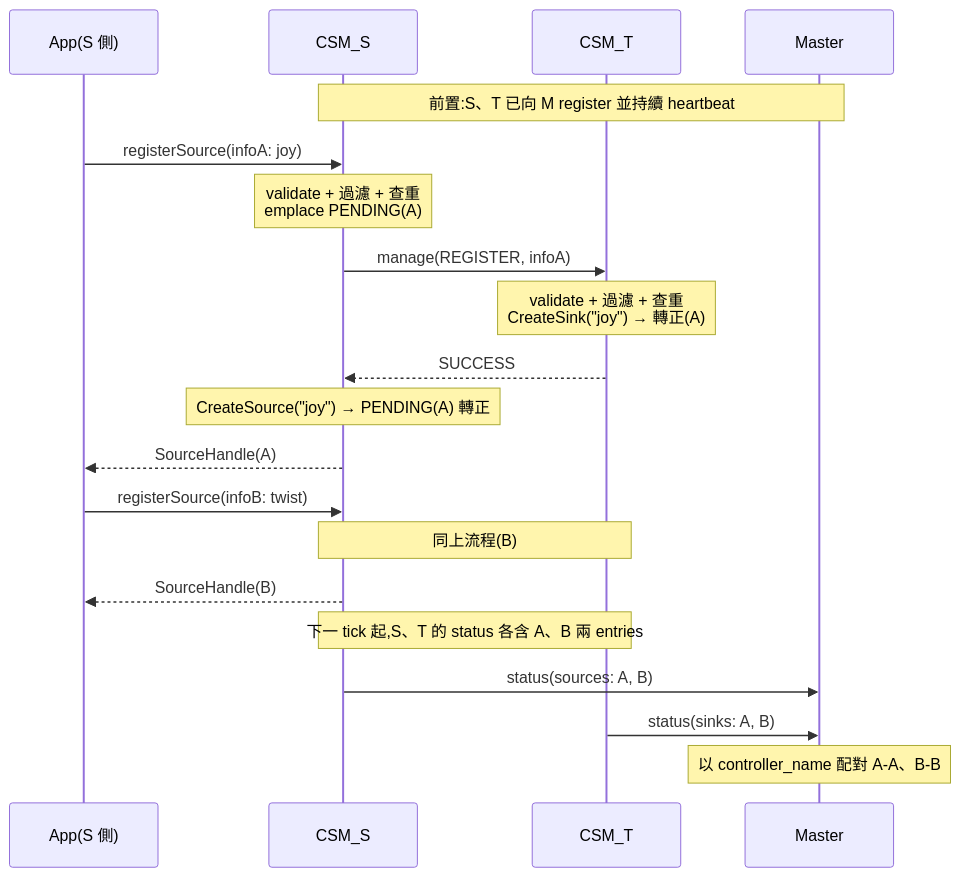
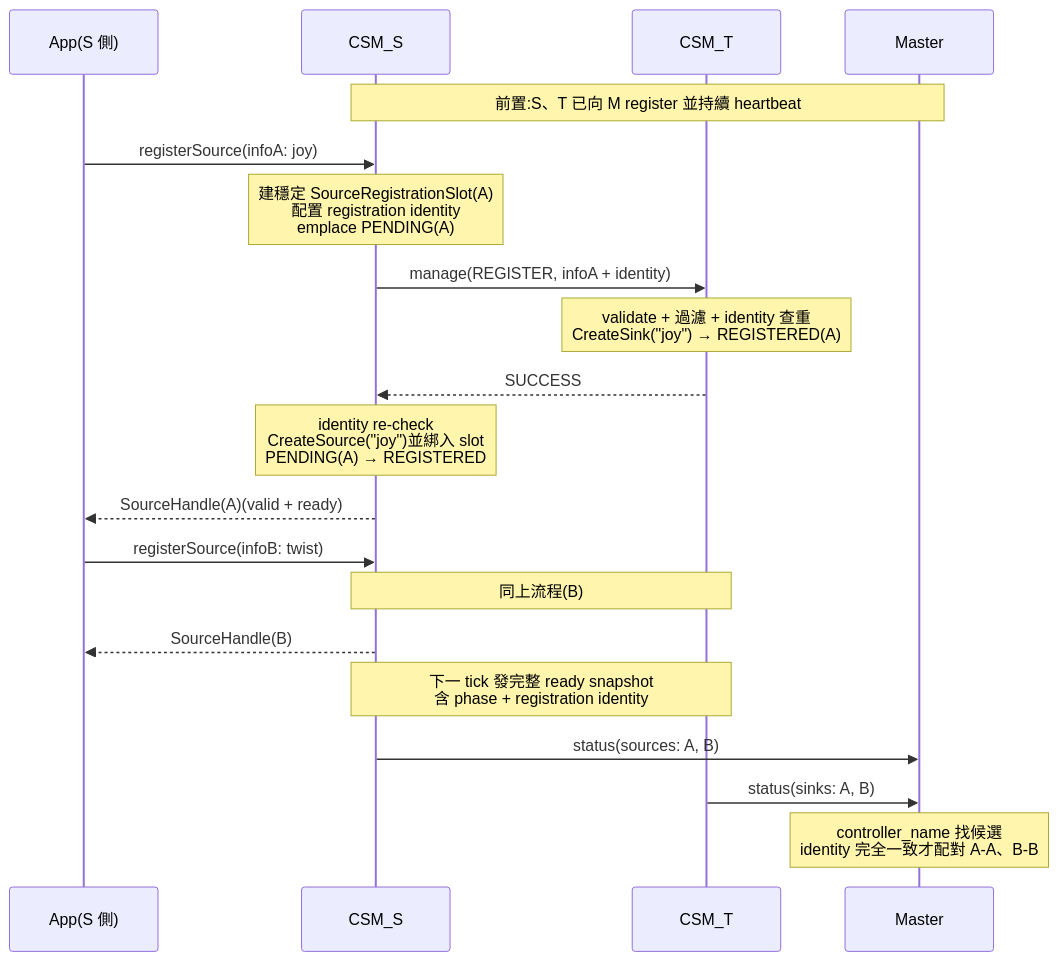
Before and after one commit to cocobird231/rv2_project: the eighth of 43 diagrams in r1_design_draft.md, drawn with Mermaid. The commit also changed other lines of this file and 1 other file, not shown here.

````diff
--- a/r1_design_draft.md
+++ b/r1_design_draft.md
@@ -1464,25 +2136,25 @@
 ```mermaid
 sequenceDiagram
     participant App as App(S 側)
     participant S as CSM_S
     participant T as CSM_T
     participant M as Master
 
     Note over S,M: 前置:S、T 已向 M register 並持續 heartbeat
     App->>S: registerSource(infoA: joy)
-    Note over S: validate + 過濾 + 查重<br/>emplace PENDING(A)
-    S->>T: manage(REGISTER, infoA)
-    Note over T: validate + 過濾 + 查重<br/>CreateSink("joy") → 轉正(A)
+    Note over S: 建穩定 SourceRegistrationSlot(A)<br/>配置 registration identity<br/>emplace PENDING(A)
+    S->>T: manage(REGISTER, infoA + identity)
+    Note over T: validate + 過濾 + identity 查重<br/>CreateSink("joy") → REGISTERED(A)
     T-->>S: SUCCESS
-    Note over S: CreateSource("joy") → PENDING(A) 轉正
-    S-->>App: SourceHandle(A)
+    Note over S: identity re-check<br/>CreateSource("joy")並綁入 slot<br/>PENDING(A) → REGISTERED
+    S-->>App: SourceHandle(A)(valid + ready)
 
     App->>S: registerSource(infoB: twist)
     Note over S,T: 同上流程(B)
     S-->>App: SourceHandle(B)
 
-    Note over S,T: 下一 tick 起,S、T 的 status 各含 A、B 兩 entries
+    Note over S,T: 下一 tick 發完整 ready snapshot<br/>含 phase + registration identity
     S->>M: status(sources: A, B)
     T->>M: status(sinks: A, B)
-    Note over M: 以 controller_name 配對 A-A、B-B
+    Note over M: controller_name 找候選<br/>identity 完全一致才配對 A-A、B-B
 ```
````
